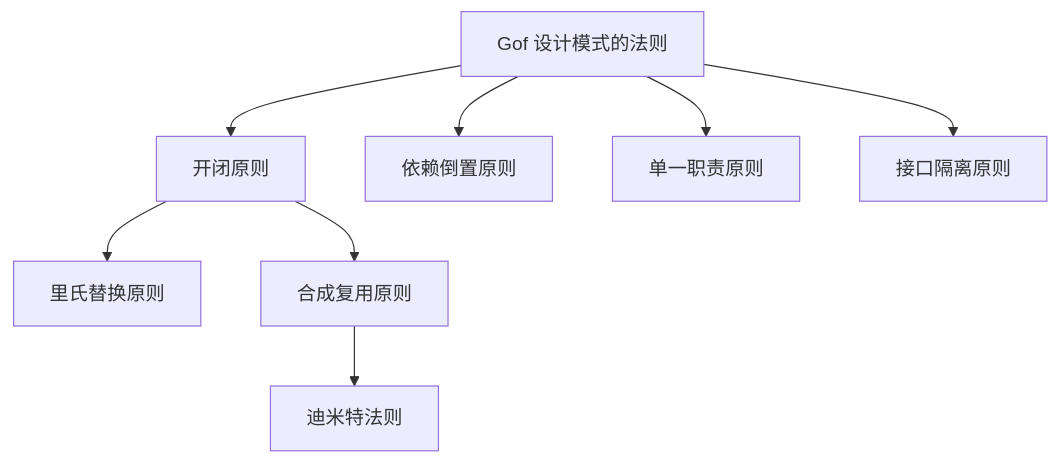
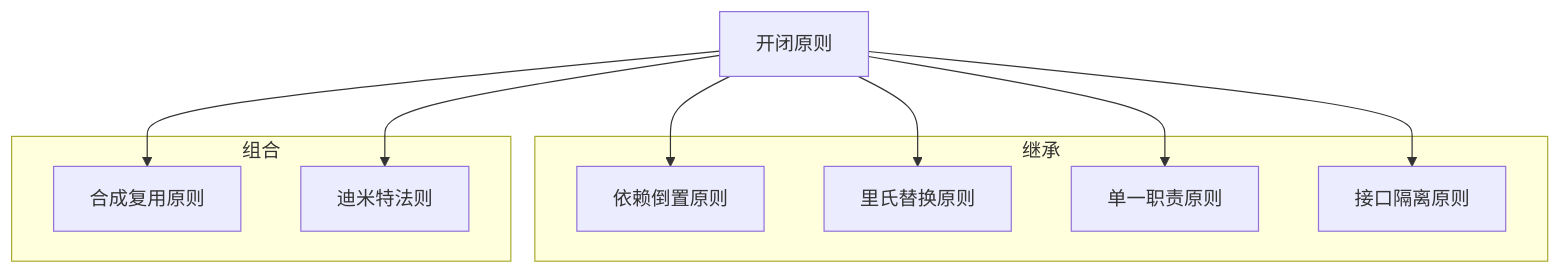
Before and after one commit to chenqwwq/_note: the first of 20 diagrams in 系统设计/Gof设计模式.md, drawn with Mermaid. The commit also changed other lines of this file and 3 other files, not shown here.

````diff
--- a/系统设计/Gof设计模式.md
+++ b/系统设计/Gof设计模式.md
@@ -20,10 +20,20 @@
 ```mermaid
-graph TD
-	A[Gof 设计模式的法则] --> 开闭原则
-	开闭原则 --> 里氏替换原则
-	开闭原则 --> 合成复用原则
-	合成复用原则 --> 迪米特法则
-	A --> 依赖倒置原则
-	A --> 单一职责原则
-	A --> 接口隔离原则
+flowchart TD
+	B[开闭原则]
+subgraph 继承
+	C[依赖倒置原则]
+	D[里氏替换原则]
+	E[单一职责原则]
+	F[接口隔离原则]
+end 
+subgraph 组合
+	G[合成复用原则]
+	H[迪米特法则]
+end
+B-->C
+B-->D
+B-->E
+B-->F
+B-->G
+B-->H
 ```
````
